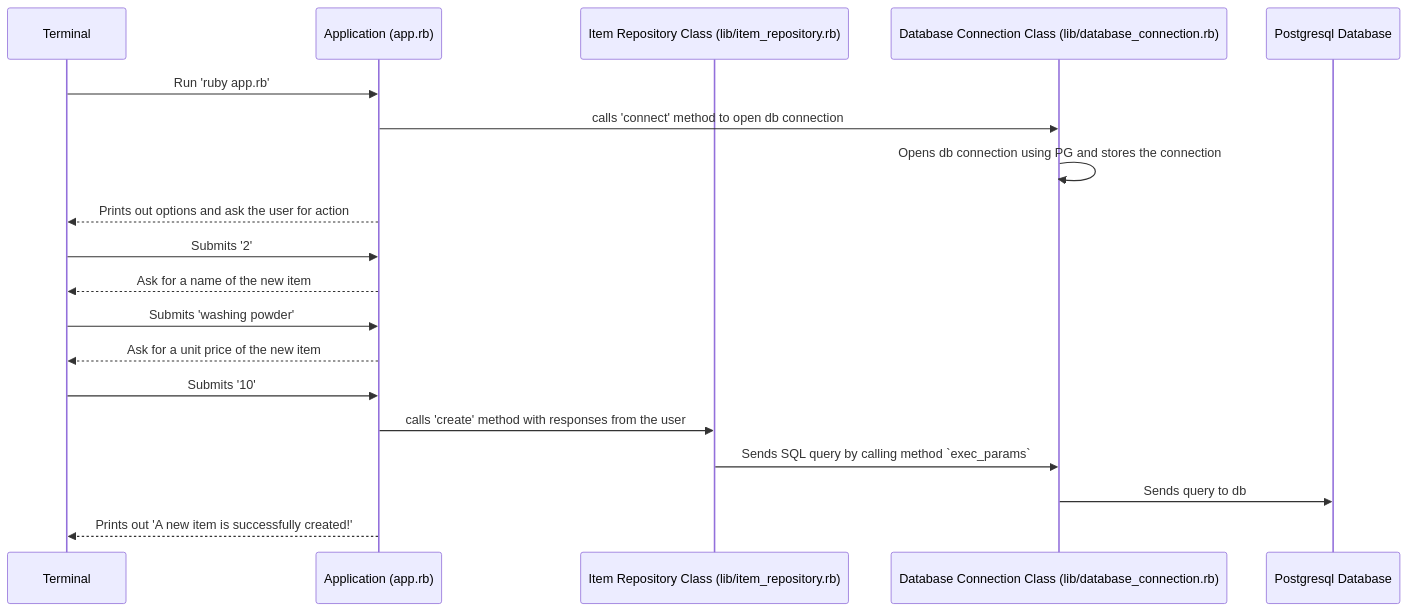
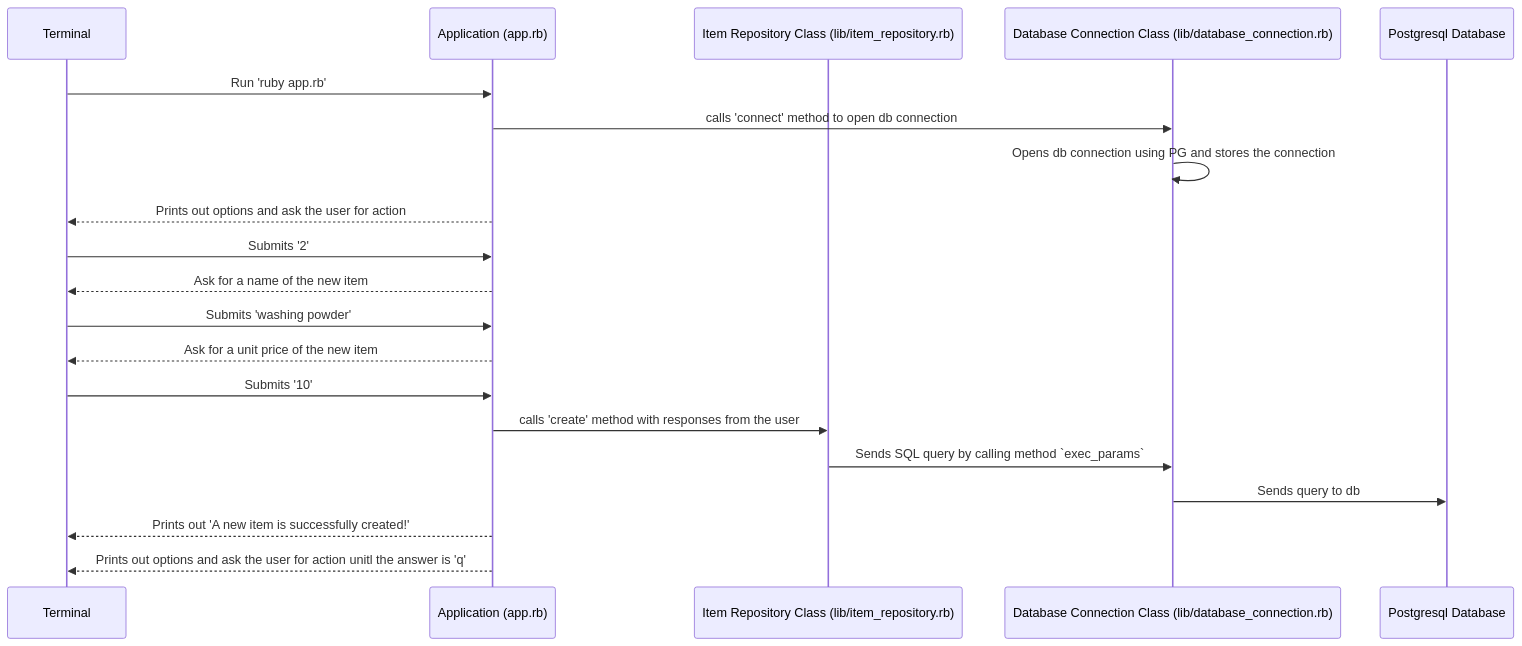
Before and after one commit to makersacademy/shop-manager-challenge: the first of 2 diagrams in README.md, drawn with Mermaid. The commit also changed other lines of this file and 6 other files, not shown here.

````diff
--- a/README.md
+++ b/README.md
@@ -112,22 +116,23 @@
 ```mermaid
 sequenceDiagram
   participant T as Terminal
   participant App as Application (app.rb)
   participant IR as Item Repository Class (lib/item_repository.rb)
   participant DC as Database Connection Class (lib/database_connection.rb)
   participant DB as Postgresql Database
 
   T->>App : Run 'ruby app.rb'
   App->>DC : calls 'connect' method to open db connection
   DC->>DC: Opens db connection using PG and stores the connection
   App-->>T: Prints out options and ask the user for action
   T->>App : Submits '2'
   App-->>T: Ask for a name of the new item
   T->>App: Submits 'washing powder'
   App-->>T: Ask for a unit price of the new item
   T->>App: Submits '10'
   App->>IR: calls 'create' method with responses from the user
   IR->>DC: Sends SQL query by calling method `exec_params`
   DC->>DB: Sends query to db
   App-->>T: Prints out 'A new item is successfully created!'
+  App-->>T: Prints out options and ask the user for action unitl the answer is 'q'
 ```
````
